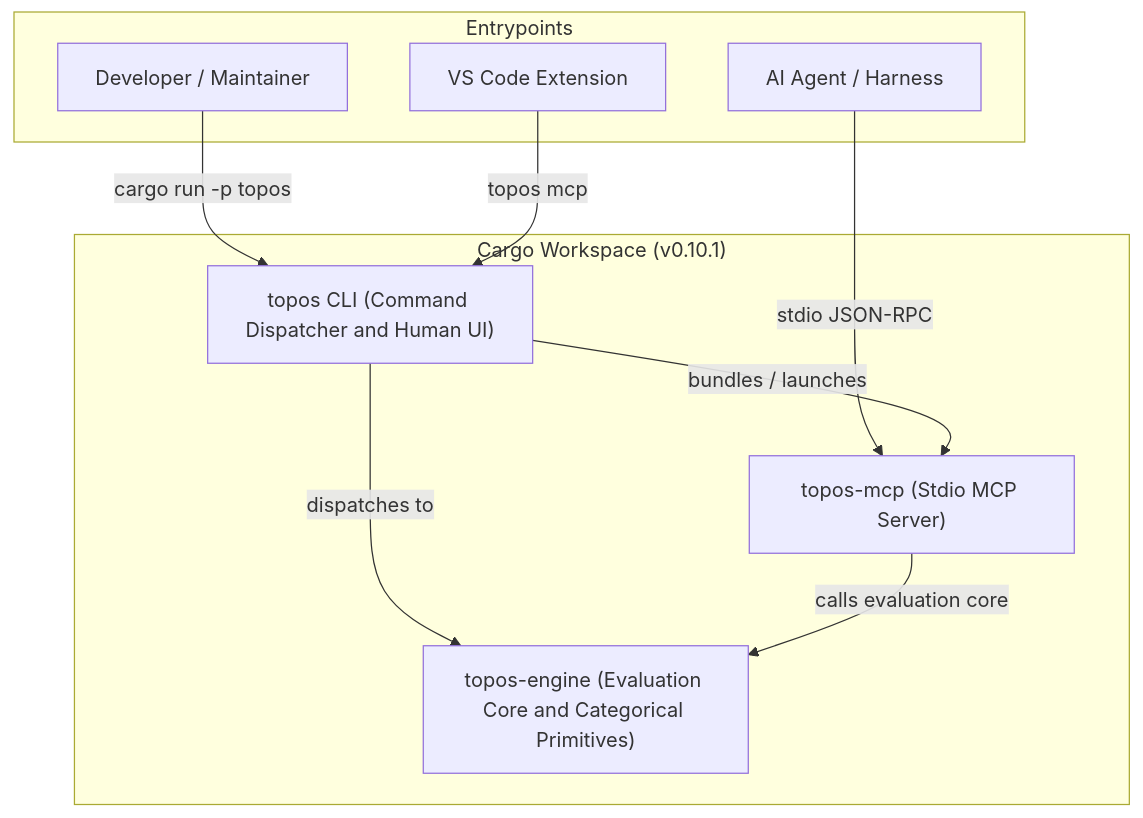
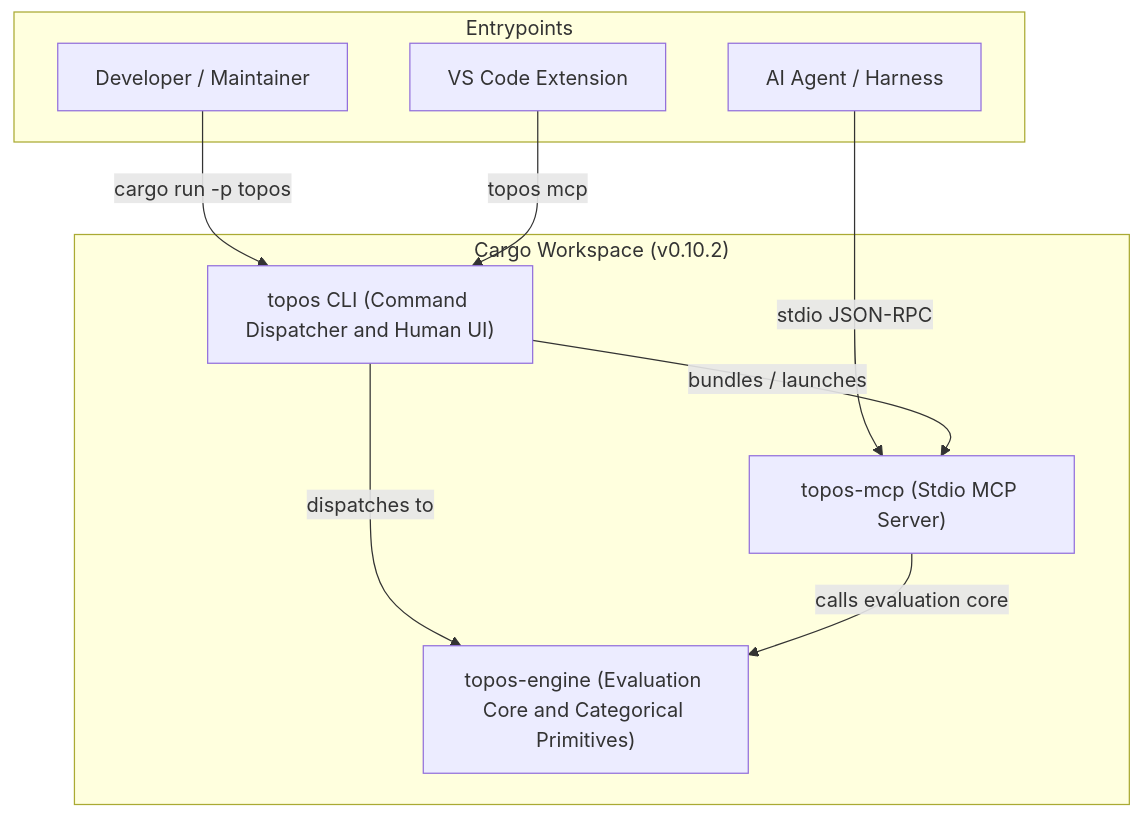
One commit to Krv-Labs/topos changed the diagram in openwiki/quickstart.md. Above: the diagram before and after it, drawn with Mermaid. The commit also changed other lines of this file and 11 other files, not shown here.

````diff
--- a/openwiki/quickstart.md
+++ b/openwiki/quickstart.md
@@ -49,21 +49,21 @@
 ```mermaid
 flowchart TD
-    subgraph Workspace ["Cargo Workspace (v0.10.1)"]
+    subgraph Workspace ["Cargo Workspace (v0.10.2)"]
         Engine["topos-engine (Evaluation Core and Categorical Primitives)"]
         CLI["topos CLI (Command Dispatcher and Human UI)"]
         MCP["topos-mcp (Stdio MCP Server)"]
     end
 
     subgraph Entrypoints
         Developer["Developer / Maintainer"]
         Agent["AI Agent / Harness"]
         VSCode["VS Code Extension"]
     end
 
     Developer -->|cargo run -p topos| CLI
     Agent -->|stdio JSON-RPC| MCP
     VSCode -->|topos mcp| CLI
     CLI -->|bundles / launches| MCP
     CLI -->|dispatches to| Engine
     MCP -->|calls evaluation core| Engine
 ```
````
